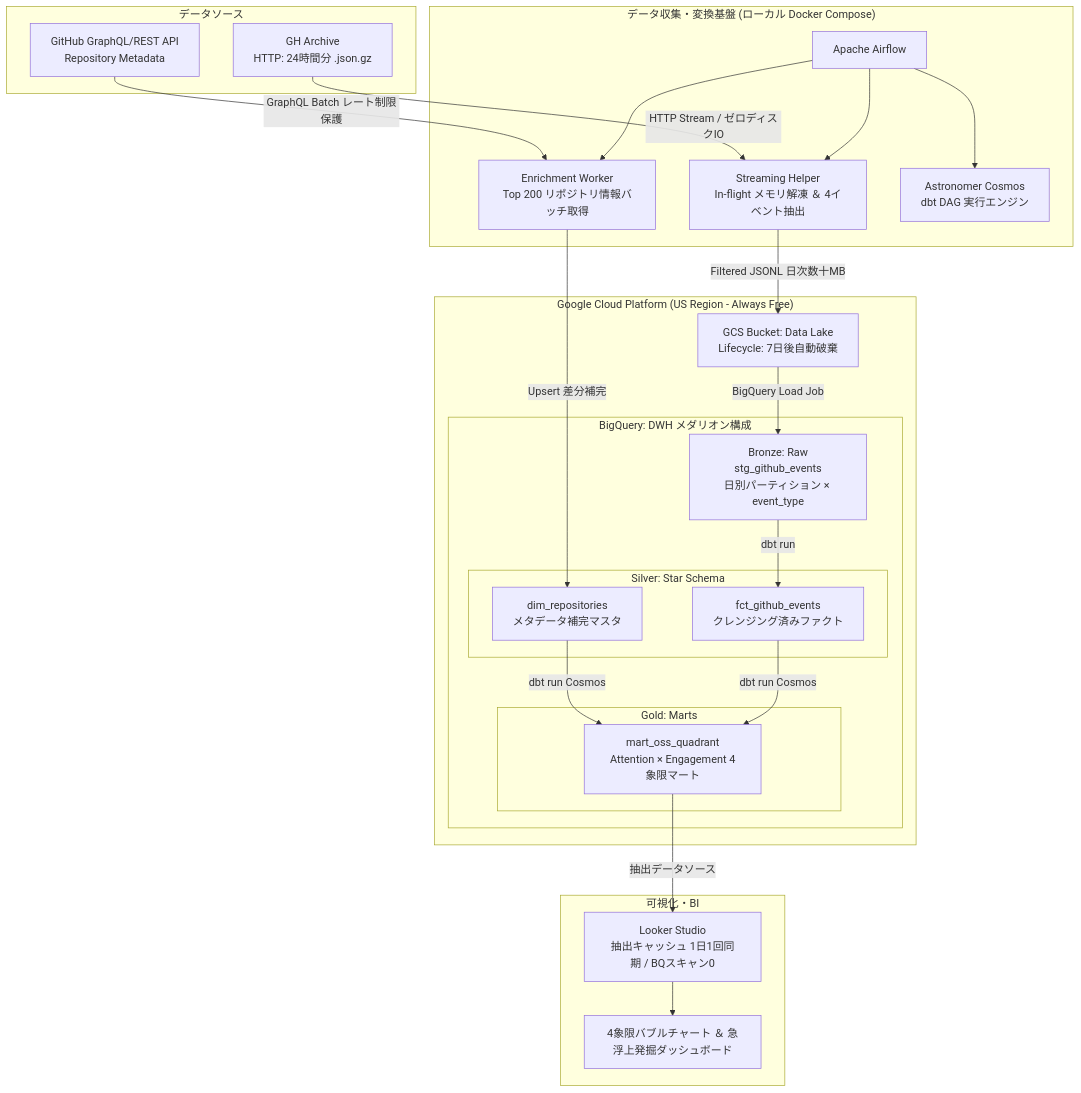
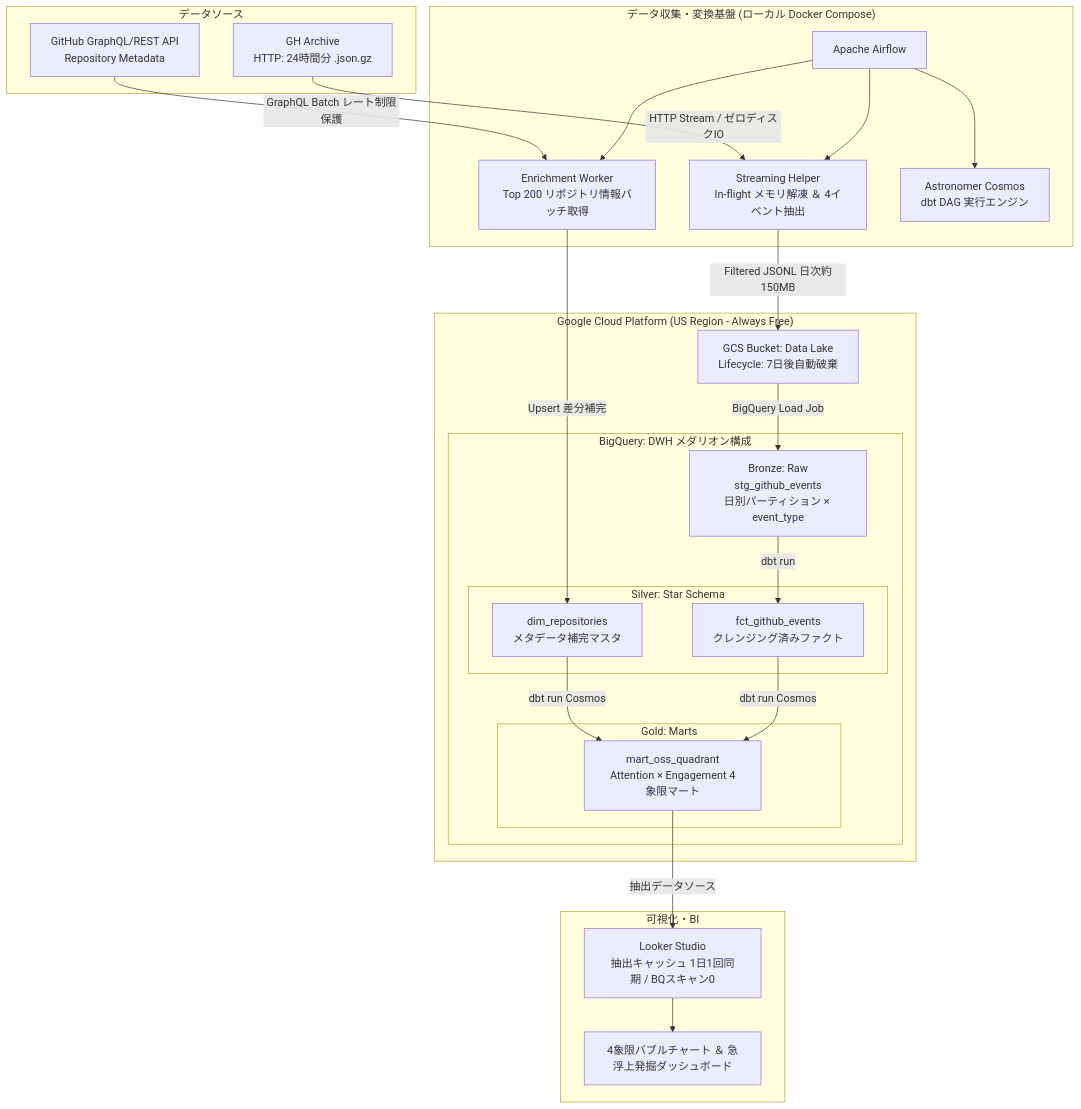
Before and after one commit to xzyozi/gh-archive-lakehouse: the diagram in docs/design/BD-001_基本設計書.md, drawn with Mermaid. The commit also changed other lines of this file and 5 other files, not shown here.

````diff
--- a/docs/design/BD-001_基本設計書.md
+++ b/docs/design/BD-001_基本設計書.md
@@ -88,54 +88,54 @@
 ```mermaid
 flowchart TD
     subgraph Source ["データソース"]
         GHA["GH Archive<br/>HTTP: 24時間分 .json.gz"]
         GHAPI["GitHub GraphQL/REST API<br/>Repository Metadata"]
     end
 
     subgraph Ingestion ["データ収集・変換基盤 (ローカル Docker Compose)"]
         Airflow["Apache Airflow"]
         StreamEngine["Streaming Helper<br/>In-flight メモリ解凍 ＆ 4イベント抽出"]
         EnrichTask["Enrichment Worker<br/>Top 200 リポジトリ情報バッチ取得"]
         Cosmos["Astronomer Cosmos<br/>dbt DAG 実行エンジン"]
         
         Airflow --> StreamEngine
         Airflow --> EnrichTask
         Airflow --> Cosmos
     end
 
     subgraph GCP ["Google Cloud Platform (US Region - Always Free)"]
         GCS["GCS Bucket: Data Lake<br/>Lifecycle: 7日後自動破棄"]
         
         subgraph BigQuery ["BigQuery: DWH メダリオン構成"]
             Bronze["Bronze: Raw<br/>stg_github_events<br/>日別パーティション × event_type"]
             
             subgraph Silver ["Silver: Star Schema"]
                 FCT["fct_github_events<br/>クレンジング済みファクト"]
                 DIM["dim_repositories<br/>メタデータ補完マスタ"]
             end
             
             subgraph Gold ["Gold: Marts"]
                 MART["mart_oss_quadrant<br/>Attention × Engagement 4象限マート"]
             end
         end
     end
 
     subgraph Visualization ["可視化・BI"]
         Looker["Looker Studio<br/>抽出キャッシュ 1日1回同期 / BQスキャン0"]
         Dashboard["4象限バブルチャート ＆ 急浮上発掘ダッシュボード"]
         Looker --> Dashboard
     end
 
     GHA -->|HTTP Stream / ゼロディスクIO| StreamEngine
-    StreamEngine -->|Filtered JSONL 日次数十MB| GCS
+    StreamEngine -->|Filtered JSONL 日次約150MB| GCS
     GCS -->|BigQuery Load Job| Bronze
     
     Bronze -->|dbt run| FCT
     EnrichTask -->|Upsert 差分補完| DIM
     GHAPI -->|GraphQL Batch レート制限保護| EnrichTask
     
     FCT -->|dbt run Cosmos| MART
     DIM -->|dbt run Cosmos| MART
     
     MART -->|抽出データソース| Looker
 ```
````
